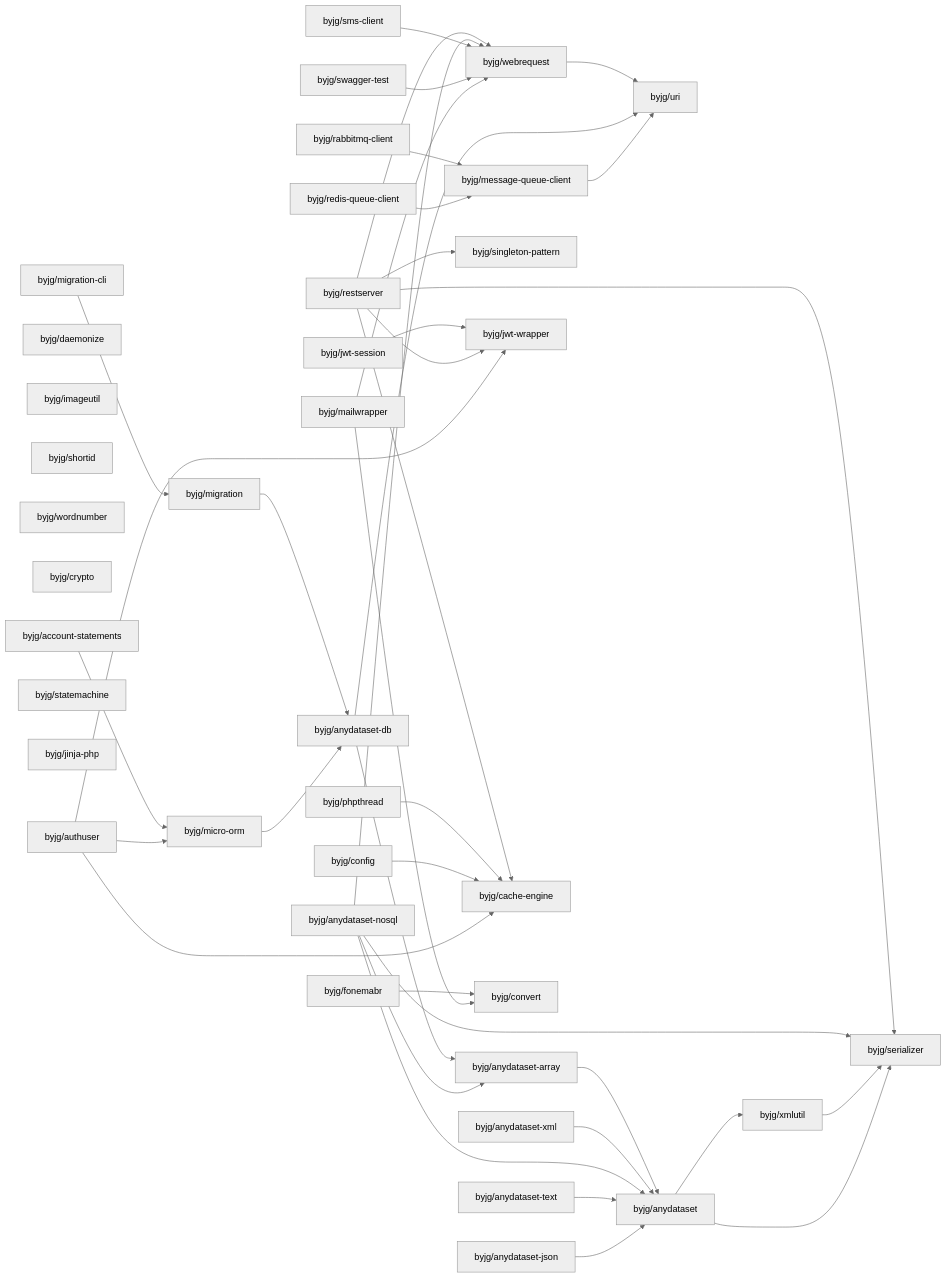
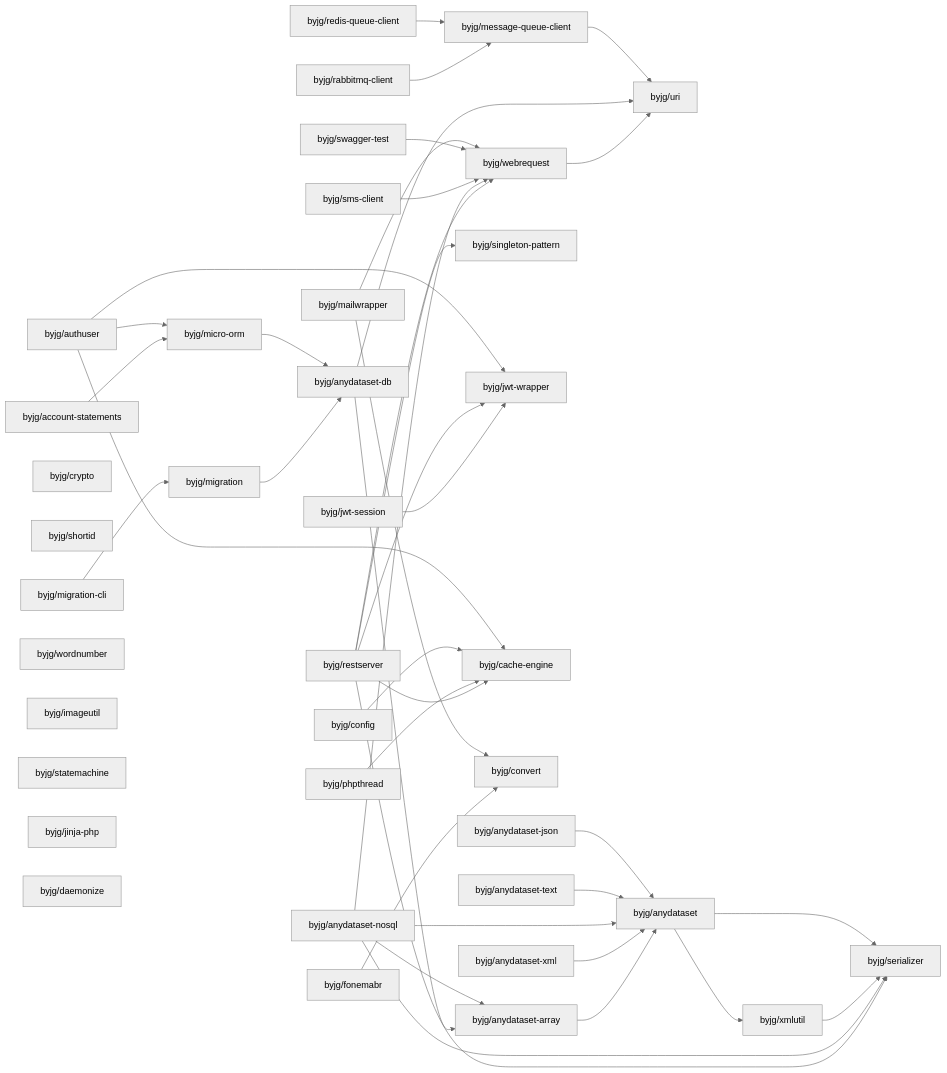
Before and after one commit to byjg/byjg.github.io: the diagram in docs/php/README.md, drawn with Mermaid (neutral theme). The commit also changed other lines of this file and 1 other file, not shown here.

Commit message:
Update documentation 'php' 'php-micro-orm'

````diff
--- a/docs/php/README.md
+++ b/docs/php/README.md
@@ -3,78 +3,78 @@
 ```mermaid
 graph LR;
+  byjg/migration-cli;
+  byjg/authuser;
+  byjg/jwt-session;
+  byjg/crypto;
+  byjg/shortid;
+  byjg/account-statements;
+  byjg/config;
+  byjg/anydataset-json;
+  byjg/rabbitmq-client;
+  byjg/fonemabr;
+  byjg/restserver;
+  byjg/wordnumber;
   byjg/anydataset-nosql;
   byjg/phpthread;
-  byjg/account-statements;
-  byjg/daemonize;
-  byjg/restserver;
   byjg/imageutil;
-  byjg/anydataset-json;
-  byjg/shortid;
-  byjg/redis-queue-client;
-  byjg/fonemabr;
-  byjg/jwt-session;
-  byjg/wordnumber;
-  byjg/swagger-test;
-  byjg/anydataset-text;
-  byjg/rabbitmq-client;
-  byjg/crypto;
-  byjg/anydataset-xml;
-  byjg/authuser;
-  byjg/config;
   byjg/statemachine;
   byjg/jinja-php;
+  byjg/swagger-test;
+  byjg/mailwrapper;
+  byjg/daemonize;
+  byjg/anydataset-xml;
   byjg/sms-client;
-  byjg/migration-cli;
-  byjg/mailwrapper;
+  byjg/anydataset-text;
+  byjg/redis-queue-client;
+  byjg/migration;
+  byjg/micro-orm;
   byjg/singleton-pattern;
-  byjg/message-queue-client;
-  byjg/micro-orm;
   byjg/jwt-wrapper;
   byjg/cache-engine;
-  byjg/migration;
   byjg/convert;
   byjg/webrequest;
+  byjg/message-queue-client;
   byjg/anydataset-db;
   byjg/anydataset-array;
   byjg/uri;
   byjg/anydataset;
   byjg/xmlutil;
   byjg/serializer;
   byjg/account-statements --> byjg/micro-orm;
   byjg/fonemabr --> byjg/convert;
   byjg/webrequest --> byjg/uri;
   byjg/anydataset-array --> byjg/anydataset;
   byjg/anydataset-xml --> byjg/anydataset;
   byjg/rabbitmq-client --> byjg/message-queue-client;
   byjg/redis-queue-client --> byjg/message-queue-client;
   byjg/jwt-session --> byjg/jwt-wrapper;
   byjg/anydataset-db --> byjg/anydataset-array;
   byjg/anydataset-db --> byjg/uri;
   byjg/restserver --> byjg/serializer;
   byjg/restserver --> byjg/singleton-pattern;
   byjg/restserver --> byjg/cache-engine;
   byjg/restserver --> byjg/webrequest;
   byjg/restserver --> byjg/jwt-wrapper;
   byjg/migration --> byjg/anydataset-db;
   byjg/anydataset-nosql --> byjg/anydataset;
   byjg/anydataset-nosql --> byjg/anydataset-array;
   byjg/anydataset-nosql --> byjg/serializer;
   byjg/anydataset-nosql --> byjg/webrequest;
   byjg/phpthread --> byjg/cache-engine;
   byjg/sms-client --> byjg/webrequest;
   byjg/swagger-test --> byjg/webrequest;
   byjg/migration-cli --> byjg/migration;
   byjg/config --> byjg/cache-engine;
   byjg/anydataset-text --> byjg/anydataset;
   byjg/micro-orm --> byjg/anydataset-db;
   byjg/authuser --> byjg/micro-orm;
   byjg/authuser --> byjg/cache-engine;
   byjg/authuser --> byjg/jwt-wrapper;
   byjg/anydataset-json --> byjg/anydataset;
   byjg/mailwrapper --> byjg/convert;
   byjg/mailwrapper --> byjg/webrequest;
   byjg/xmlutil --> byjg/serializer;
   byjg/anydataset --> byjg/serializer;
   byjg/anydataset --> byjg/xmlutil;
   byjg/message-queue-client --> byjg/uri;
 ```
````
